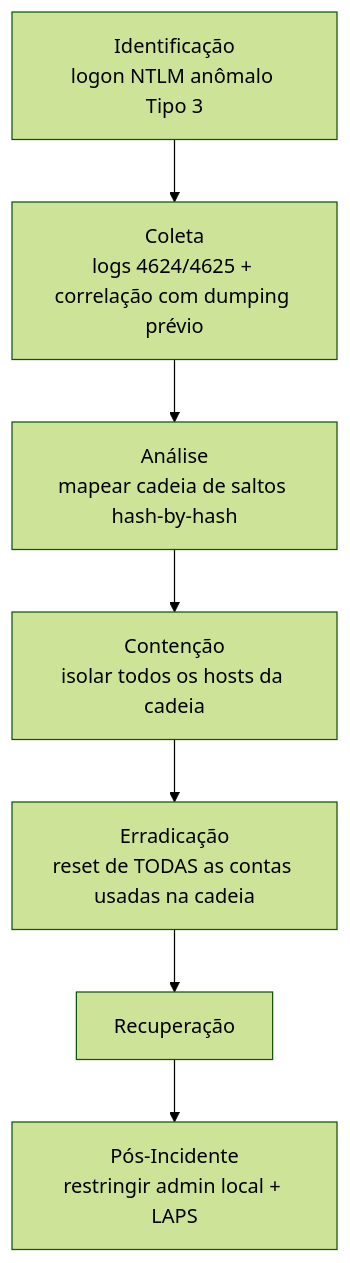
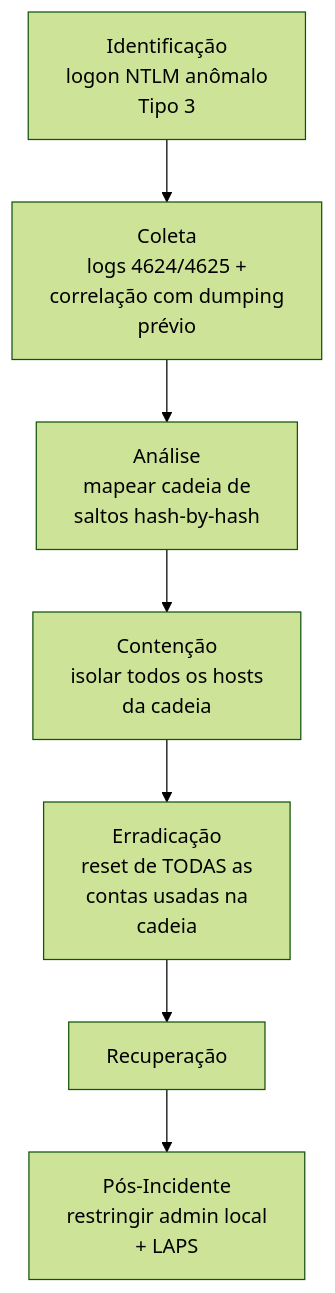
The diagram in Attack-Categories/Pass-the-Hash/README.md (LuucasVerdun/Cyber-Attack-Analysis-Framework), drawn with Mermaid (forest theme) before and after one commit. The commit also changed 28 other files, not shown here.

````diff
--- a/Attack-Categories/Pass-the-Hash/README.md
+++ b/Attack-Categories/Pass-the-Hash/README.md
@@ -39,9 +39,9 @@
 ```mermaid
 flowchart TD
-    A[Identificação<br/>logon NTLM anômalo Tipo 3] --> B[Coleta<br/>logs 4624/4625 + correlação com dumping prévio]
-    B --> C[Análise<br/>mapear cadeia de saltos hash-by-hash]
-    C --> D[Contenção<br/>isolar todos os hosts da cadeia]
-    D --> E[Erradicação<br/>reset de TODAS as contas usadas na cadeia]
+    A[Identificação<br/>logon NTLM anômalo<br/>Tipo 3] --> B[Coleta<br/>logs 4624/4625 +<br/>correlação com dumping<br/>prévio]
+    B --> C[Análise<br/>mapear cadeia de<br/>saltos hash-by-hash]
+    C --> D[Contenção<br/>isolar todos os hosts<br/>da cadeia]
+    D --> E[Erradicação<br/>reset de TODAS as<br/>contas usadas na<br/>cadeia]
     E --> F[Recuperação]
-    F --> G[Pós-Incidente<br/>restringir admin local + LAPS]
+    F --> G[Pós-Incidente<br/>restringir admin local<br/>+ LAPS]
 ```
````
